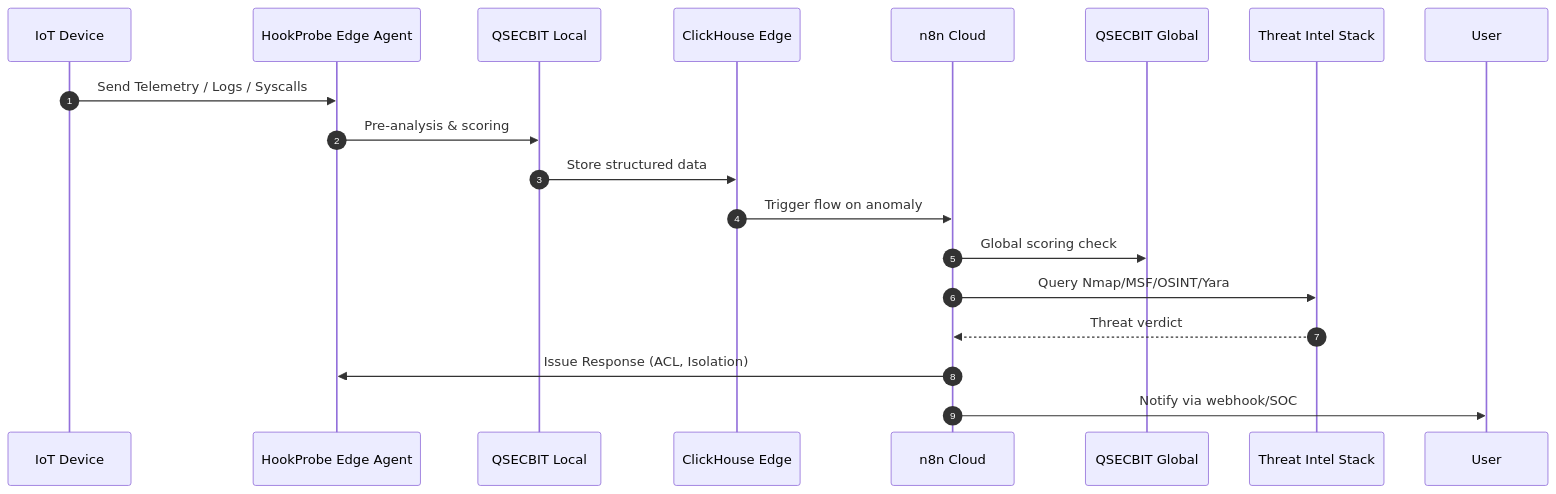
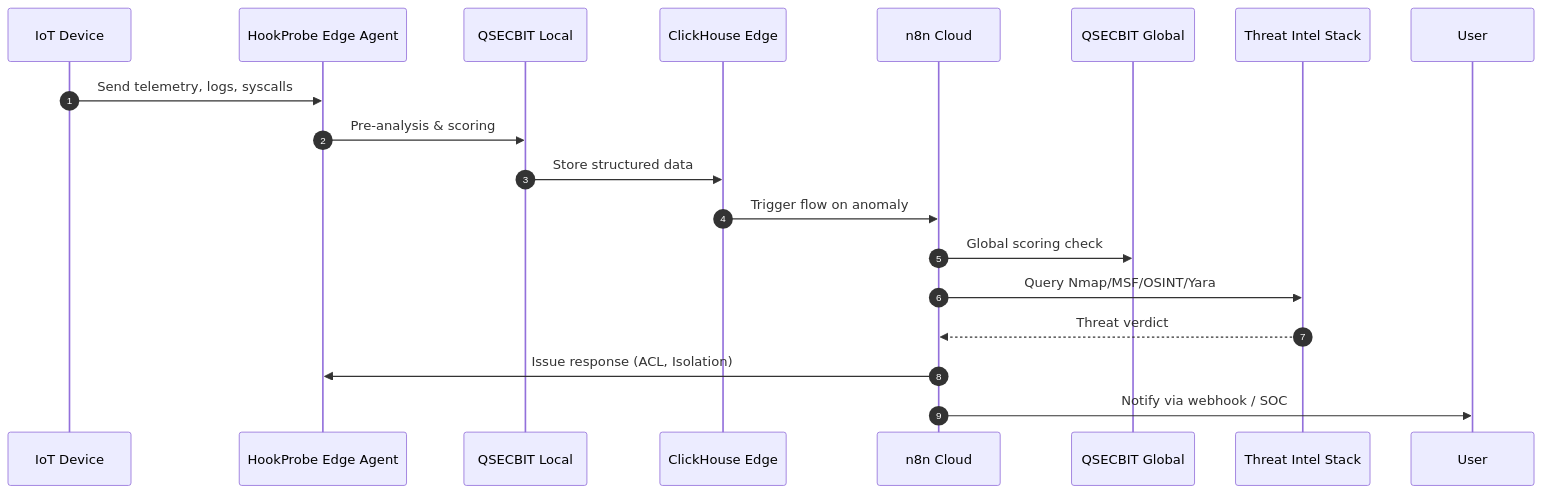
One commit to hookprobe/hookprobe changed the fifth of 5 diagrams in install/addons/n8n/AUTOMATION.md. Above: the diagram before and after it, drawn with Mermaid. The commit also changed other lines of this file, not shown here.

First line of the commit message:
Refactor Mermaid diagrams for automation documentation

````diff
--- a/install/addons/n8n/AUTOMATION.md
+++ b/install/addons/n8n/AUTOMATION.md
@@ -145,21 +137,21 @@
 ```mermaid
 sequenceDiagram
     autonumber
     participant IoT as IoT Device
     participant Agent as HookProbe Edge Agent
     participant QL as QSECBIT Local
     participant CH as ClickHouse Edge
     participant N8N as n8n Cloud
     participant QG as QSECBIT Global
     participant TI as Threat Intel Stack
 
-    IoT->>Agent: Send Telemetry / Logs / Syscalls
+    IoT->>Agent: Send telemetry, logs, syscalls
     Agent->>QL: Pre-analysis & scoring
     QL->>CH: Store structured data
     CH->>N8N: Trigger flow on anomaly
     N8N->>QG: Global scoring check
     N8N->>TI: Query Nmap/MSF/OSINT/Yara
     TI-->>N8N: Threat verdict
-    N8N->>Agent: Issue Response (ACL, Isolation)
-    N8N->>User: Notify via webhook/SOC
+    N8N->>Agent: Issue response (ACL, Isolation)
+    N8N->>User: Notify via webhook / SOC
 ```
````
